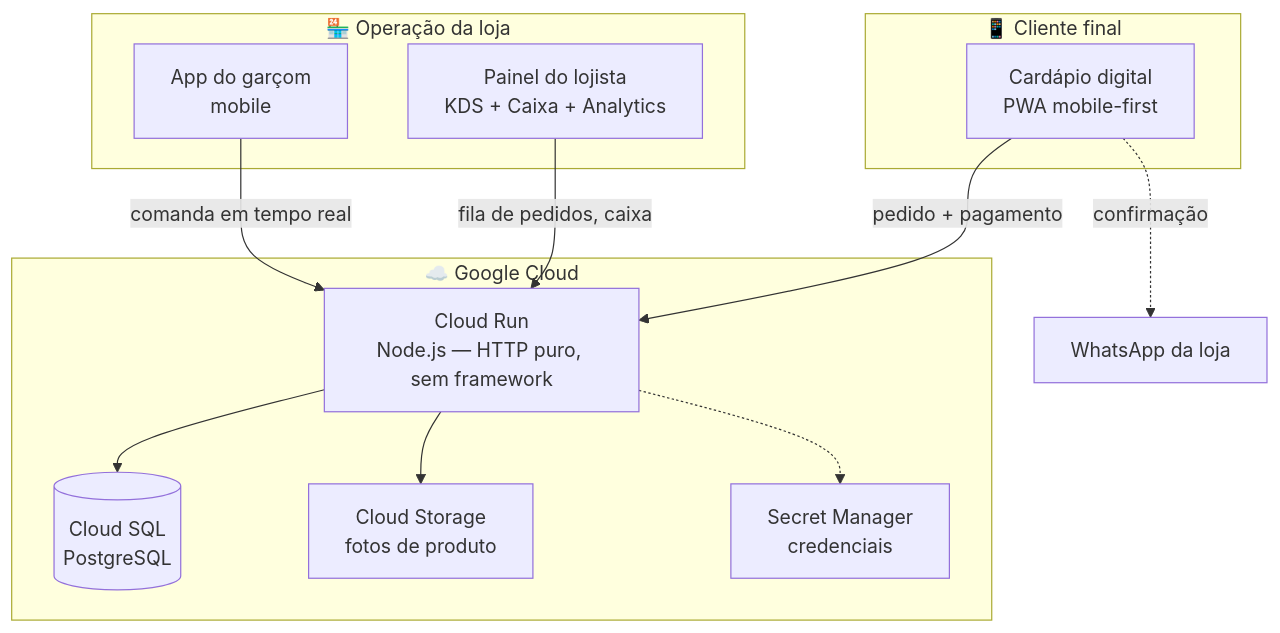
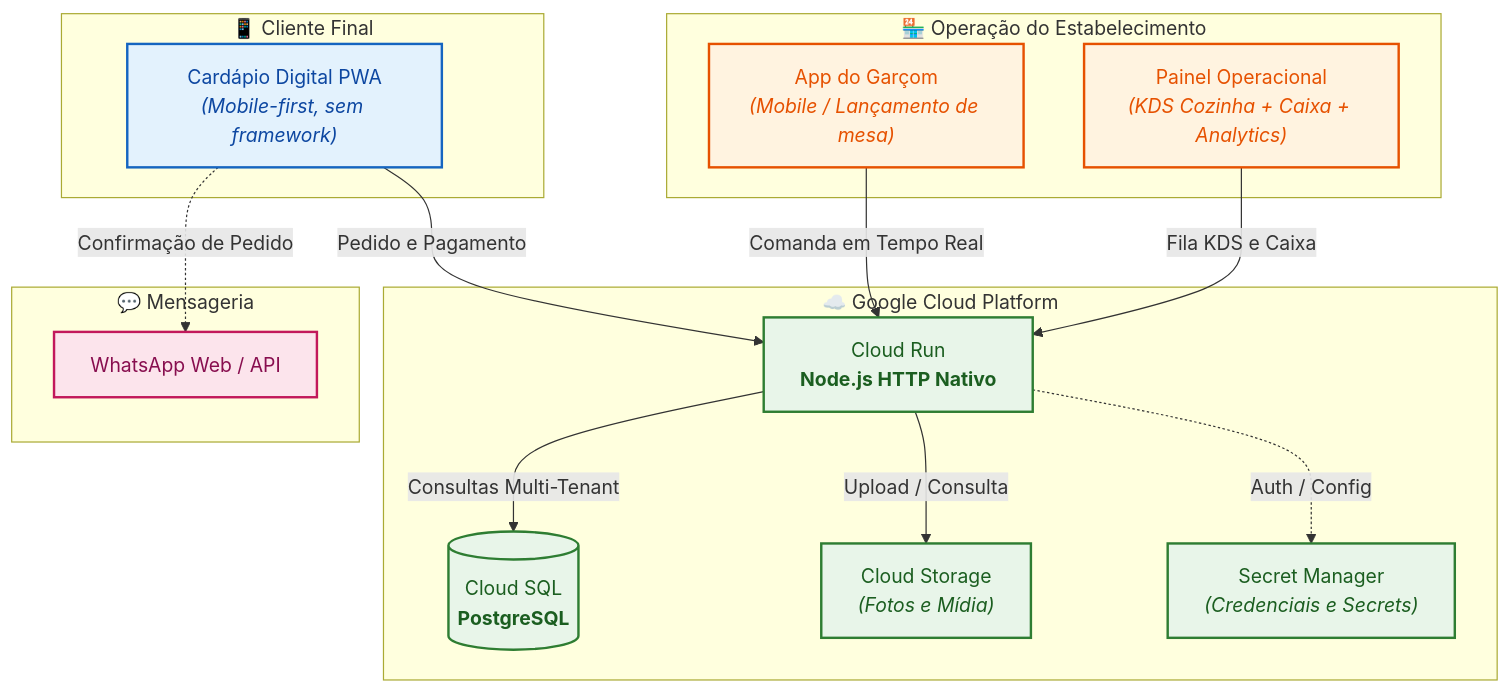
One commit to idarlandias/barflow-cloud-showcase changed the diagram in README.md. Above: the diagram before and after it, drawn with Mermaid. The commit also changed other lines of this file, not shown here.

Commit message:
docs: beautify README with metrics, styled architecture diagram, badges and war stories

````diff
--- a/README.md
+++ b/README.md
@@ -17,24 +61,35 @@
 ```mermaid
 flowchart TD
-    subgraph Cliente["📱 Cliente final"]
-        A[Cardápio digital<br/>PWA mobile-first]
-    end
-    subgraph Loja["🏪 Operação da loja"]
-        B[App do garçom<br/>mobile]
-        C[Painel do lojista<br/>KDS + Caixa + Analytics]
-    end
-    subgraph Cloud["☁️ Google Cloud"]
-        D[Cloud Run<br/>Node.js — HTTP puro, sem framework]
-        E[(Cloud SQL<br/>PostgreSQL)]
-        F[Cloud Storage<br/>fotos de produto]
-        G[Secret Manager<br/>credenciais]
+    classDef client fill:#e3f2fd,stroke:#1565c0,stroke-width:2px,color:#0d47a1;
+    classDef store fill:#fff3e0,stroke:#e65100,stroke-width:2px,color:#e65100;
+    classDef gcp fill:#e8f5e9,stroke:#2e7d32,stroke-width:2px,color:#1b5e20;
+    classDef external fill:#fce4ec,stroke:#c2185b,stroke-width:2px,color:#880e4f;
+
+    subgraph Cliente["📱 Cliente Final"]
+        A["Cardápio Digital PWA<br/><i>(Mobile-first, sem framework)</i>"]:::client
     end
 
-    A -->|pedido + pagamento| D
-    B -->|comanda em tempo real| D
-    C -->|fila de pedidos, caixa| D
-    D --> E
-    D --> F
-    D -.-> G
-    A -.->|confirmação| H[WhatsApp da loja]
+    subgraph Loja["🏪 Operação do Estabelecimento"]
+        B["App do Garçom<br/><i>(Mobile / Lançamento de mesa)</i>"]:::store
+        C["Painel Operacional<br/><i>(KDS Cozinha + Caixa + Analytics)</i>"]:::store
+    end
+
+    subgraph Cloud["☁️ Google Cloud Platform"]
+        D["Cloud Run<br/><b>Node.js HTTP Nativo</b>"]:::gcp
+        E[("Cloud SQL<br/><b>PostgreSQL</b>")]:::gcp
+        F["Cloud Storage<br/><i>(Fotos e Mídia)</i>"]:::gcp
+        G["Secret Manager<br/><i>(Credenciais e Secrets)</i>"]:::gcp
+    end
+
+    subgraph Externo["💬 Mensageria"]
+        H["WhatsApp Web / API"]:::external
+    end
+
+    A -->|Pedido e Pagamento| D
+    B -->|Comanda em Tempo Real| D
+    C -->|Fila KDS e Caixa| D
+    D -->|Consultas Multi-Tenant| E
+    D -->|Upload / Consulta| F
+    D -.->|Auth / Config| G
+    A -.->|Confirmação de Pedido| H
 ```
````
